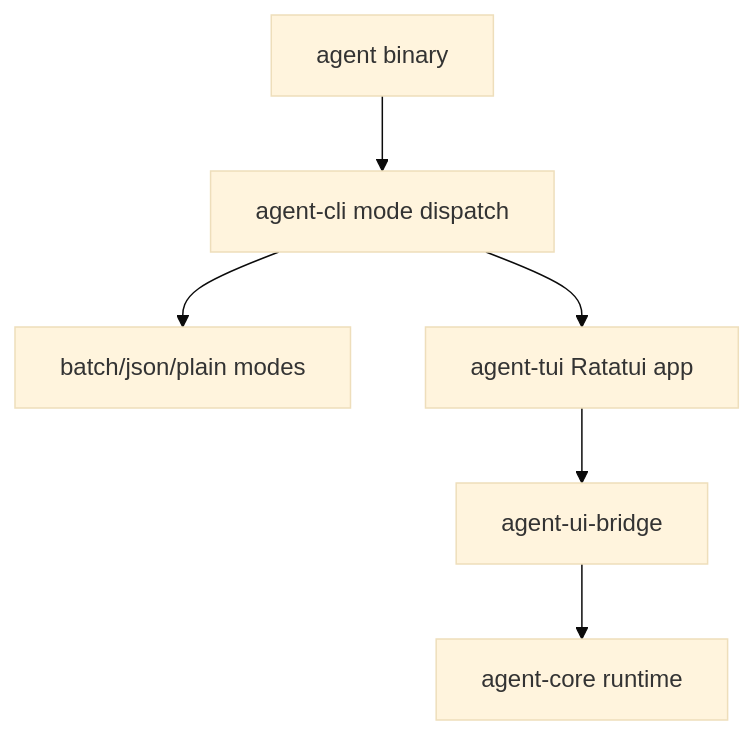
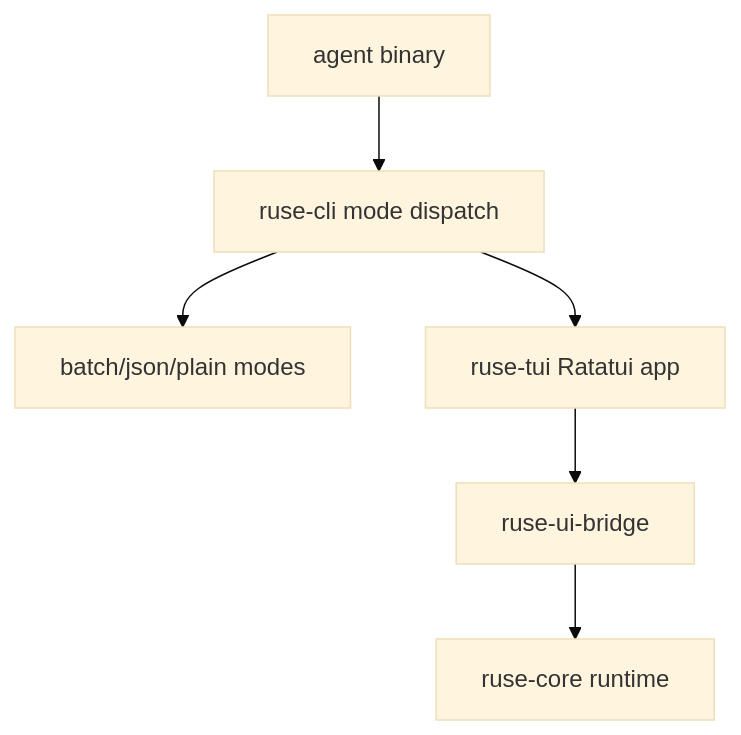
One commit to poneding/agent changed the diagram in docs/specs/M20-terminal-ux-tui-repl.spec.md. Above: the diagram before and after it, drawn with Mermaid (base theme). The commit also changed other lines of this file and 2091 other files, not shown here.

First line of the commit message:
refactor: rename agent branding to ruse

````diff
--- a/docs/specs/M20-terminal-ux-tui-repl.spec.md
+++ b/docs/specs/M20-terminal-ux-tui-repl.spec.md
@@ -33,8 +33,8 @@
 ```mermaid
 flowchart TD
-  Bin["agent binary"] --> CLI["agent-cli mode dispatch"]
+  Bin["agent binary"] --> CLI["ruse-cli mode dispatch"]
   CLI --> Batch["batch/json/plain modes"]
-  CLI --> TUI["agent-tui Ratatui app"]
-  TUI --> Bridge["agent-ui-bridge"]
-  Bridge --> Core["agent-core runtime"]
+  CLI --> TUI["ruse-tui Ratatui app"]
+  TUI --> Bridge["ruse-ui-bridge"]
+  Bridge --> Core["ruse-core runtime"]
 ```
````
